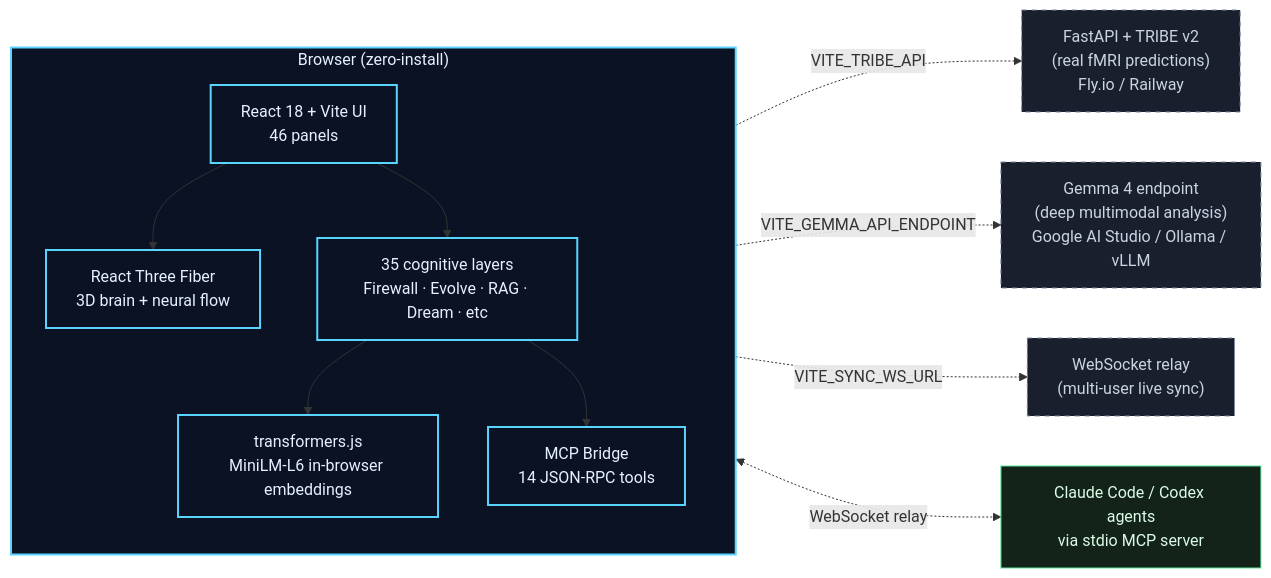
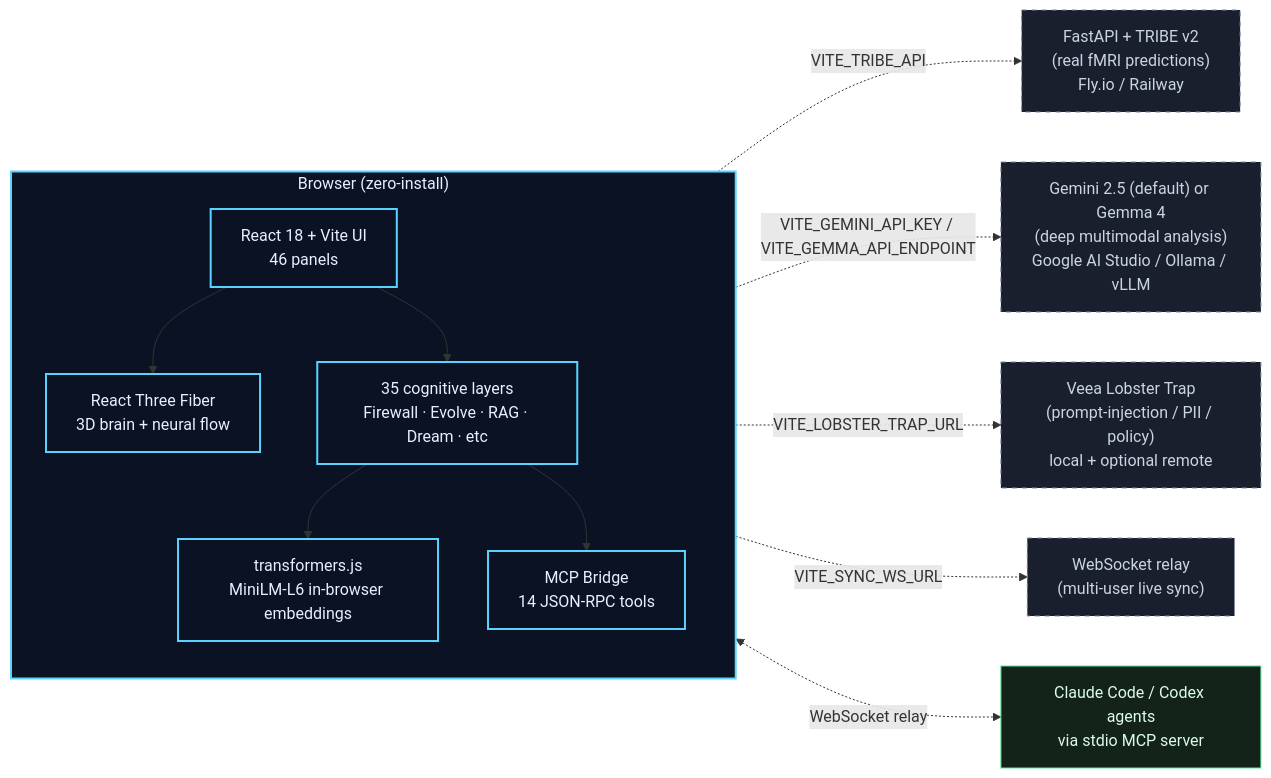
One commit to slavazeph-coder/the-brain changed the diagram in README.md. Above: the diagram before and after it, drawn with Mermaid. The commit also changed other lines of this file and 3 other files, not shown here.

First line of the commit message:
Final polish — surface Gemini + Lobster Trap in user-facing copy

````diff
--- a/README.md
+++ b/README.md
@@ -62,35 +62,37 @@
 ```mermaid
 flowchart LR
     classDef browser  fill:#0b1224,stroke:#5ad4ff,stroke-width:2px,color:#e6f1ff
     classDef optional fill:#1a1f2e,stroke:#7c8aa1,stroke-dasharray:5 5,color:#cbd5e1
     classDef external fill:#13231a,stroke:#5ee69a,color:#dcfce7
 
     subgraph Browser["Browser (zero-install)"]
         direction TB
         ui[React 18 + Vite UI<br/>46 panels]
         r3f[React Three Fiber<br/>3D brain + neural flow]
         layers["35 cognitive layers<br/>Firewall · Evolve · RAG · Dream · etc"]
         embed[transformers.js<br/>MiniLM-L6 in-browser embeddings]
         mcp[MCP Bridge<br/>14 JSON-RPC tools]
 
         ui --> r3f
         ui --> layers
         layers --> embed
         layers --> mcp
     end
 
     tribe["FastAPI + TRIBE v2<br/>(real fMRI predictions)<br/>Fly.io / Railway"]
-    gemma["Gemma 4 endpoint<br/>(deep multimodal analysis)<br/>Google AI Studio / Ollama / vLLM"]
+    gemini["Gemini 2.5 (default) or Gemma 4<br/>(deep multimodal analysis)<br/>Google AI Studio / Ollama / vLLM"]
+    lobster["Veea Lobster Trap<br/>(prompt-injection / PII / policy)<br/>local + optional remote"]
     sync["WebSocket relay<br/>(multi-user live sync)"]
     agents["Claude Code / Codex agents<br/>via stdio MCP server"]
 
     layers -. VITE_TRIBE_API .-> tribe
-    layers -. VITE_GEMMA_API_ENDPOINT .-> gemma
+    layers -. VITE_GEMINI_API_KEY / VITE_GEMMA_API_ENDPOINT .-> gemini
+    layers -. VITE_LOBSTER_TRAP_URL .-> lobster
     layers -. VITE_SYNC_WS_URL .-> sync
     mcp <-. WebSocket relay .-> agents
 
     class Browser browser
     class ui,r3f,layers,embed,mcp browser
-    class tribe,gemma,sync optional
+    class tribe,gemini,lobster,sync optional
     class agents external
 ```
````
